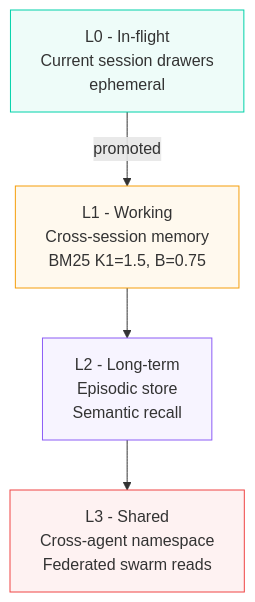
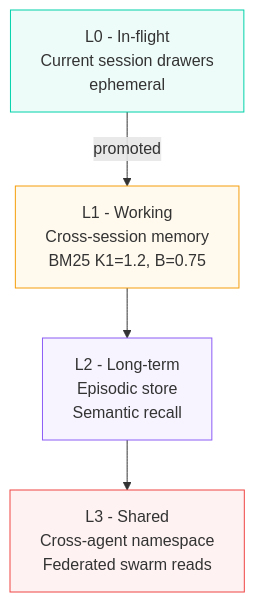
The second of 4 diagrams in packages/@monomind/cli/README.md (monoes/monomind), drawn with Mermaid before and after one commit. The commit also changed 2 other files, not shown here.

Commit message:
docs: index.html and package README fixes, resync cli README
Claude-Session: https://claude.ai/code/session_01RYaDHirbbjBe2cwUpDBv5t

````diff
--- a/packages/@monomind/cli/README.md
+++ b/packages/@monomind/cli/README.md
@@ -314,14 +314,14 @@
 ```mermaid
 graph TD
     L0["L0 - In-flight\nCurrent session drawers\nephemeral"]
-    L1["L1 - Working\nCross-session memory\nBM25 K1=1.5, B=0.75"]
+    L1["L1 - Working\nCross-session memory\nBM25 K1=1.2, B=0.75"]
     L2["L2 - Long-term\nEpisodic store\nSemantic recall"]
     L3["L3 - Shared\nCross-agent namespace\nFederated swarm reads"]
 
     L0 -->|promoted| L1 --> L2 --> L3
 
     style L0 fill:#00D2AA11,stroke:#00D2AA
     style L1 fill:#F59E0B11,stroke:#F59E0B
     style L2 fill:#8B5CF611,stroke:#8B5CF6
     style L3 fill:#EF444411,stroke:#EF4444
 ```
````
